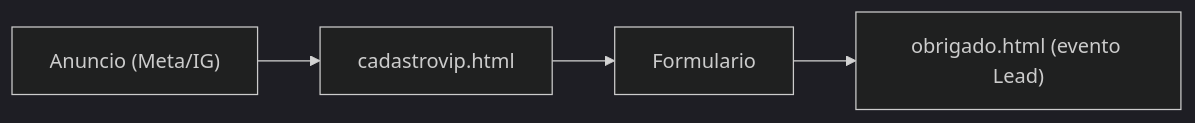
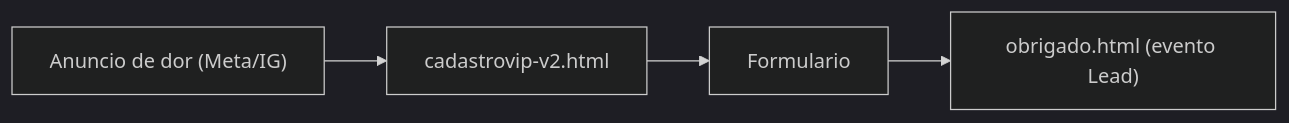
One commit to appnossomomento/nosso-momento changed the diagram in nosso-momento-next/documentacao-projeto-estrategia/BRIEFING_CRIATIVOS_CAMPANHA.md. Above: the diagram before and after it, drawn with Mermaid (dark theme). The commit also changed other lines of this file and 12 other files, not shown here.

````diff
--- a/nosso-momento-next/documentacao-projeto-estrategia/BRIEFING_CRIATIVOS_CAMPANHA.md
+++ b/nosso-momento-next/documentacao-projeto-estrategia/BRIEFING_CRIATIVOS_CAMPANHA.md
@@ -20,6 +29,6 @@
 ```mermaid
 flowchart LR
-  Anuncio["Anuncio (Meta/IG)"] --> LP["cadastrovip.html"]
-  LP --> Form["Formulario"]
+  Anuncio["Anuncio de dor (Meta/IG)"] --> LPv2["cadastrovip-v2.html"]
+  LPv2 --> Form["Formulario"]
   Form --> Obrigado["obrigado.html (evento Lead)"]
 ```
````
